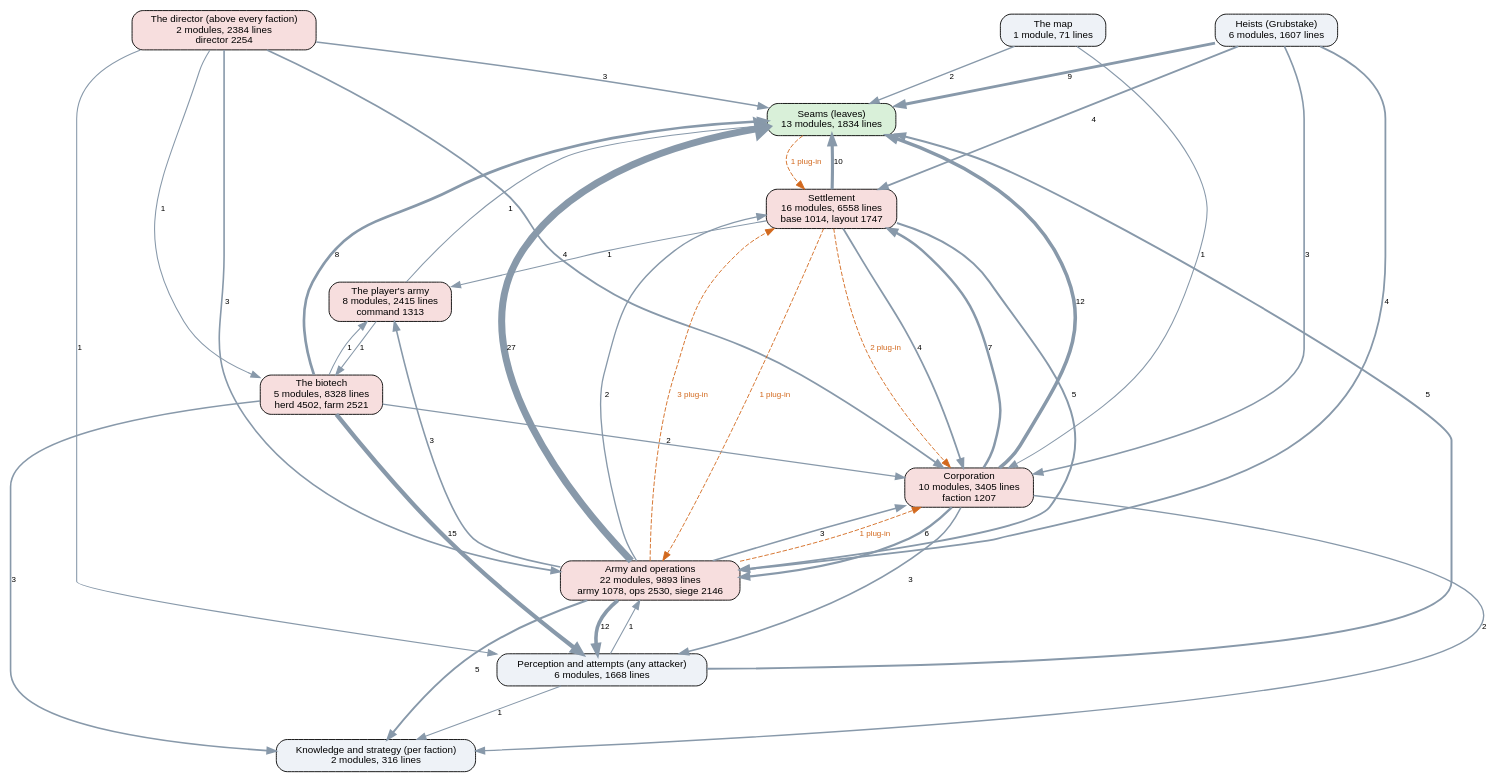
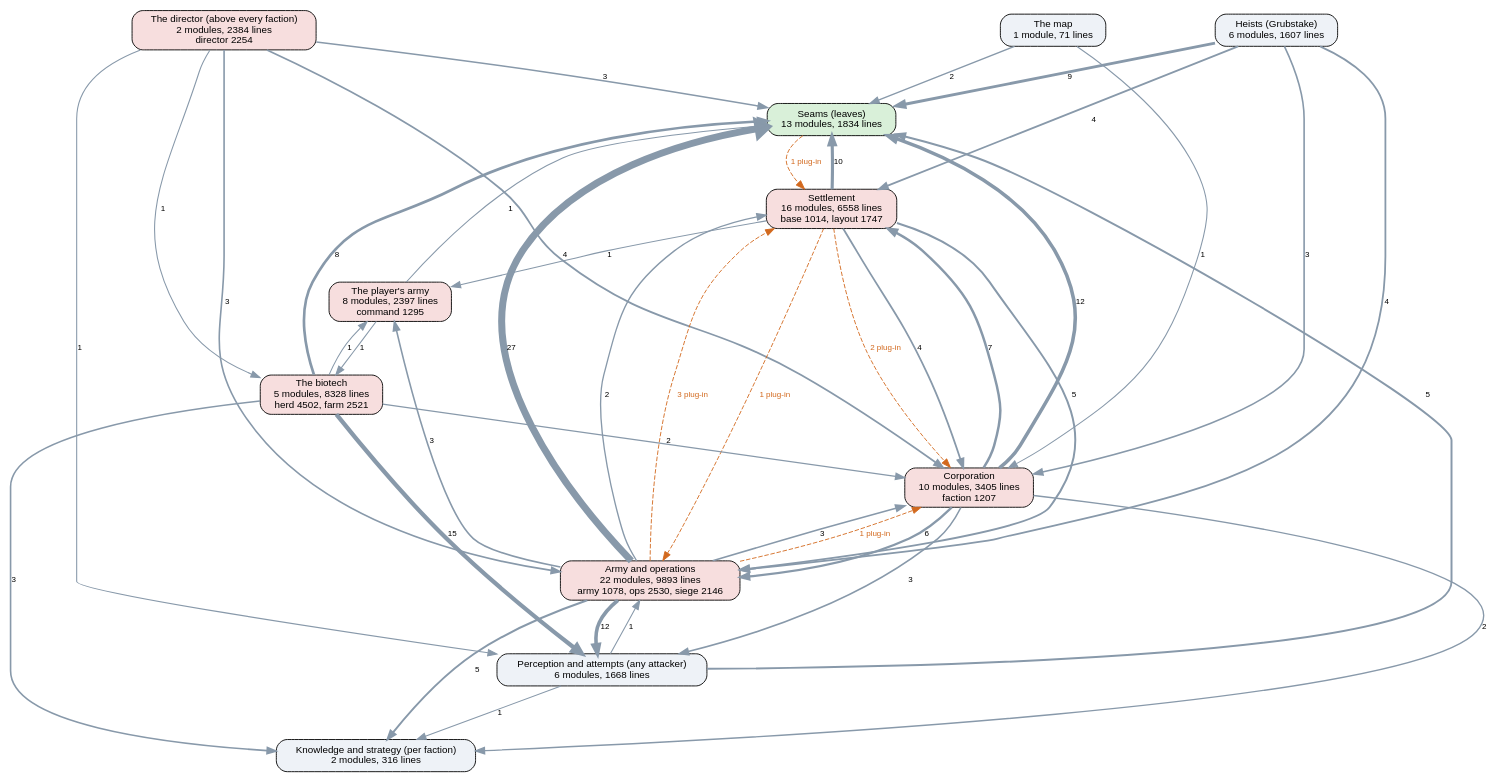
The diagram in docs/ai-layers.dot (kinelhu/landing-party), drawn with Graphviz before and after one commit. The commit also changed 21 other files, not shown here.

```diff
--- a/docs/ai-layers.dot
+++ b/docs/ai-layers.dot
@@ -1,57 +1,57 @@
 digraph layers {
   graph [rankdir=TB, fontname="Helvetica", nodesep=0.5, ranksep=0.7];
   node [shape=box, style="rounded,filled", fontname="Helvetica", fontsize=11, fillcolor="#eef2f7"];
   edge [color="#8899aa", fontname="Helvetica", fontsize=9];
   "Seams (leaves)" [label="Seams (leaves)\n13 modules, 1834 lines", fillcolor="#d9f0d9"];
   "Perception and attempts (any attacker)" [label="Perception and attempts (any attacker)\n6 modules, 1668 lines", fillcolor="#eef2f7"];
   "Knowledge and strategy (per faction)" [label="Knowledge and strategy (per faction)\n2 modules, 316 lines", fillcolor="#eef2f7"];
   "The director (above every faction)" [label="The director (above every faction)\n2 modules, 2384 lines\ndirector 2254", fillcolor="#f7dede"];
   "Corporation" [label="Corporation\n10 modules, 3405 lines\nfaction 1207", fillcolor="#f7dede"];
   "Settlement" [label="Settlement\n16 modules, 6558 lines\nbase 1014, layout 1747", fillcolor="#f7dede"];
   "Army and operations" [label="Army and operations\n22 modules, 9893 lines\narmy 1078, ops 2530, siege 2146", fillcolor="#f7dede"];
   "Heists (Grubstake)" [label="Heists (Grubstake)\n6 modules, 1607 lines", fillcolor="#eef2f7"];
   "The biotech" [label="The biotech\n5 modules, 8328 lines\nherd 4502, farm 2521", fillcolor="#f7dede"];
   "The map" [label="The map\n1 module, 71 lines", fillcolor="#eef2f7"];
-  "The player's army" [label="The player's army\n8 modules, 2415 lines\ncommand 1313", fillcolor="#f7dede"];
+  "The player's army" [label="The player's army\n8 modules, 2397 lines\ncommand 1295", fillcolor="#f7dede"];
   "Army and operations" -> "Corporation" [label="3", penwidth=1.8];
   "Army and operations" -> "Knowledge and strategy (per faction)" [label="5", penwidth=2.2];
   "Army and operations" -> "Perception and attempts (any attacker)" [label="12", penwidth=4.0];
   "Army and operations" -> "Seams (leaves)" [label="27", penwidth=7.8];
   "Army and operations" -> "Settlement" [label="2", penwidth=1.5];
   "Army and operations" -> "The player's army" [label="3", penwidth=1.8];
   "Corporation" -> "Army and operations" [label="6", penwidth=2.5];
   "Corporation" -> "Knowledge and strategy (per faction)" [label="2", penwidth=1.5];
   "Corporation" -> "Perception and attempts (any attacker)" [label="3", penwidth=1.8];
   "Corporation" -> "Seams (leaves)" [label="12", penwidth=4.0];
   "Corporation" -> "Settlement" [label="7", penwidth=2.8];
   "Heists (Grubstake)" -> "Army and operations" [label="4", penwidth=2.0];
   "Heists (Grubstake)" -> "Corporation" [label="3", penwidth=1.8];
   "Heists (Grubstake)" -> "Seams (leaves)" [label="9", penwidth=3.2];
   "Heists (Grubstake)" -> "Settlement" [label="4", penwidth=2.0];
   "Perception and attempts (any attacker)" -> "Army and operations" [label="1", penwidth=1.2];
   "Perception and attempts (any attacker)" -> "Knowledge and strategy (per faction)" [label="1", penwidth=1.2];
   "Perception and attempts (any attacker)" -> "Seams (leaves)" [label="5", penwidth=2.2];
   "Settlement" -> "Army and operations" [label="5", penwidth=2.2];
   "Settlement" -> "Corporation" [label="4", penwidth=2.0];
   "Settlement" -> "Seams (leaves)" [label="10", penwidth=3.5];
   "Settlement" -> "The player's army" [label="1", penwidth=1.2];
   "The biotech" -> "Corporation" [label="2", penwidth=1.5];
   "The biotech" -> "Knowledge and strategy (per faction)" [label="3", penwidth=1.8];
   "The biotech" -> "Perception and attempts (any attacker)" [label="15", penwidth=4.8];
   "The biotech" -> "Seams (leaves)" [label="8", penwidth=3.0];
   "The biotech" -> "The player's army" [label="1", penwidth=1.2];
   "The director (above every faction)" -> "Army and operations" [label="3", penwidth=1.8];
   "The director (above every faction)" -> "Corporation" [label="4", penwidth=2.0];
   "The director (above every faction)" -> "Perception and attempts (any attacker)" [label="1", penwidth=1.2];
   "The director (above every faction)" -> "Seams (leaves)" [label="3", penwidth=1.8];
   "The director (above every faction)" -> "The biotech" [label="1", penwidth=1.2];
   "The map" -> "Corporation" [label="1", penwidth=1.2];
   "The map" -> "Seams (leaves)" [label="2", penwidth=1.5];
   "The player's army" -> "Seams (leaves)" [label="1", penwidth=1.2];
   "The player's army" -> "The biotech" [label="1", penwidth=1.2];
   "Army and operations" -> "Corporation" [style=dashed, color="#d2691e", fontcolor="#d2691e", label="1 plug-in"];
   "Army and operations" -> "Settlement" [style=dashed, color="#d2691e", fontcolor="#d2691e", label="3 plug-in"];
   "Seams (leaves)" -> "Settlement" [style=dashed, color="#d2691e", fontcolor="#d2691e", label="1 plug-in"];
   "Settlement" -> "Army and operations" [style=dashed, color="#d2691e", fontcolor="#d2691e", label="1 plug-in"];
   "Settlement" -> "Corporation" [style=dashed, color="#d2691e", fontcolor="#d2691e", label="2 plug-in"];
 }
```
